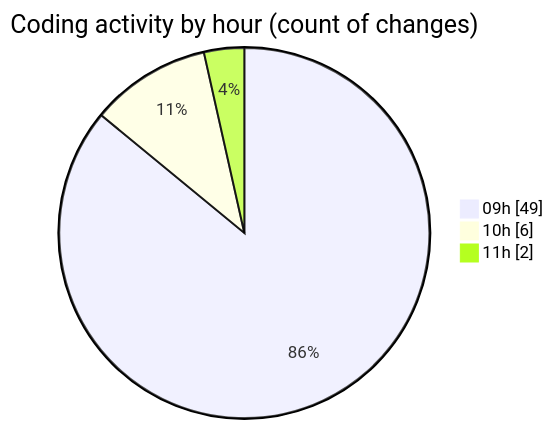
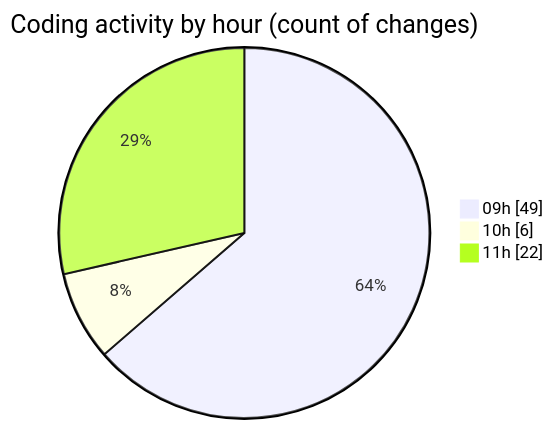
The second of 2 diagrams in 2026-06-17/cda/README.md (momahboobian/code-tracking), drawn with Mermaid before and after one commit. The commit also changed other lines of this file and 1 other file, not shown here.

````diff
--- a/2026-06-17/cda/README.md
+++ b/2026-06-17/cda/README.md
@@ -42,7 +60,7 @@
 ```mermaid
 pie showData
 title Coding activity by hour (count of changes)
 "09h" : 49
 "10h" : 6
-"11h" : 2
+"11h" : 22
 ```
````
